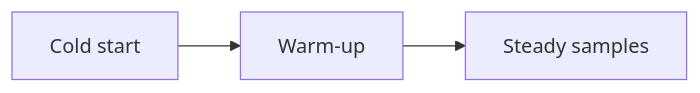
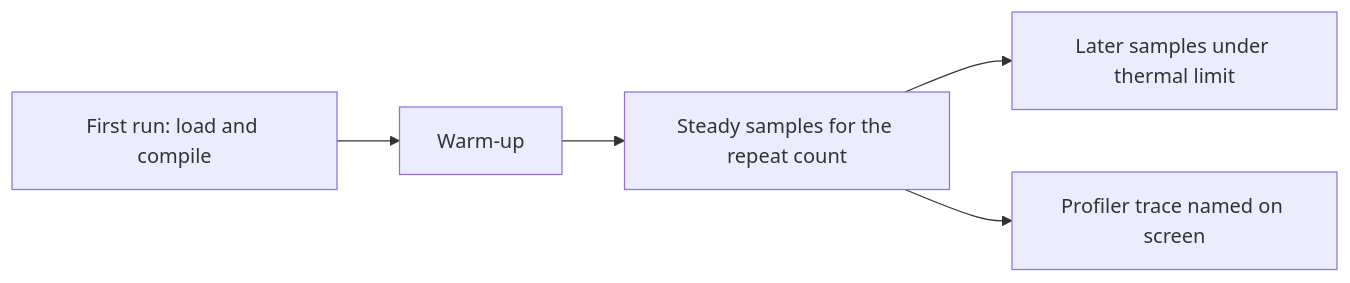
One commit to mohamedmabrouk582/Android-Ai-Lab changed the diagram in lab-performance/README.md. Above: the diagram before and after it, drawn with Mermaid. The commit also changed other lines of this file and 41 other files, not shown here.

````diff
--- a/lab-performance/README.md
+++ b/lab-performance/README.md
@@ -13,4 +32,7 @@
 ```mermaid
 flowchart LR
-  n0["Cold start"] --> n1["Warm-up"] --> n2["Steady samples"]
+  cold["First run: load and compile"] --> warm["Warm-up"]
+  warm --> steady["Steady samples for the repeat count"]
+  steady --> heat["Later samples under thermal limit"]
+  steady --> trace["Profiler trace named on screen"]
 ```
````
